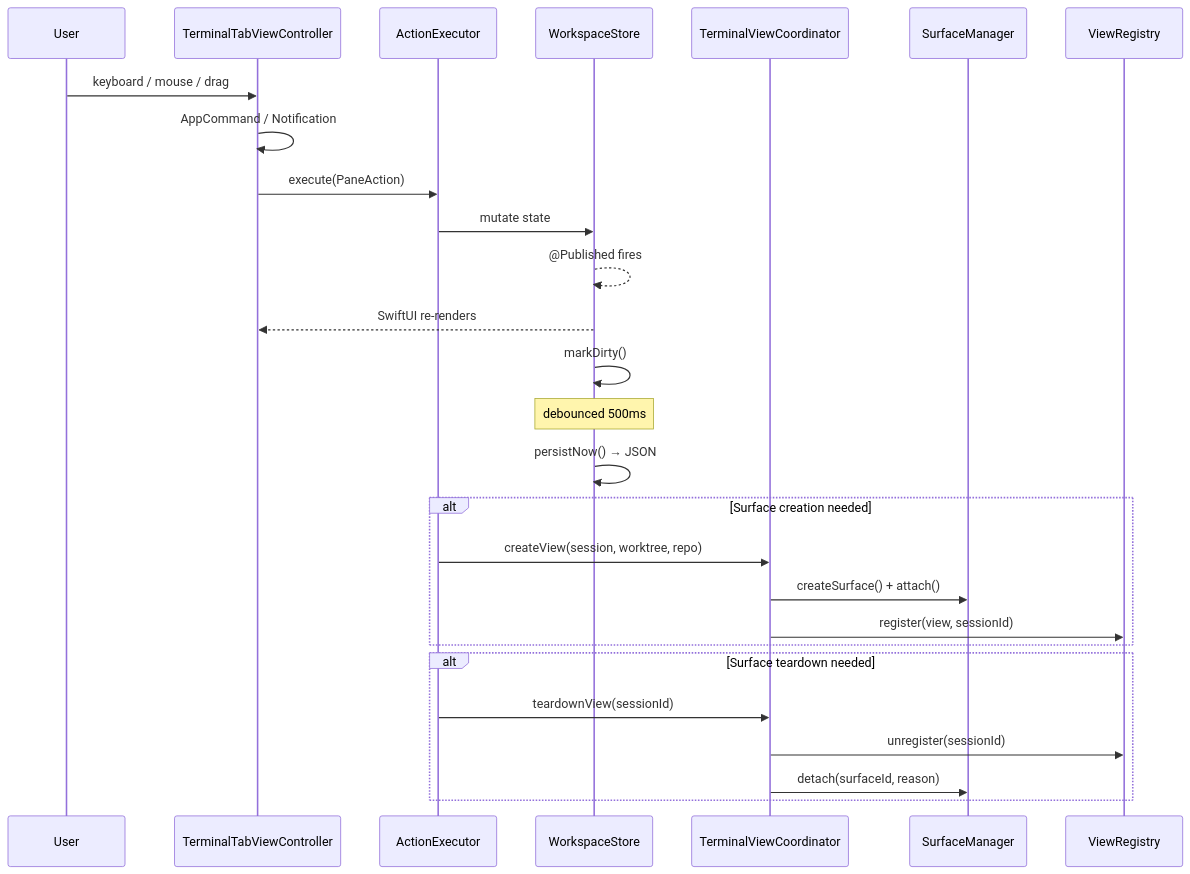
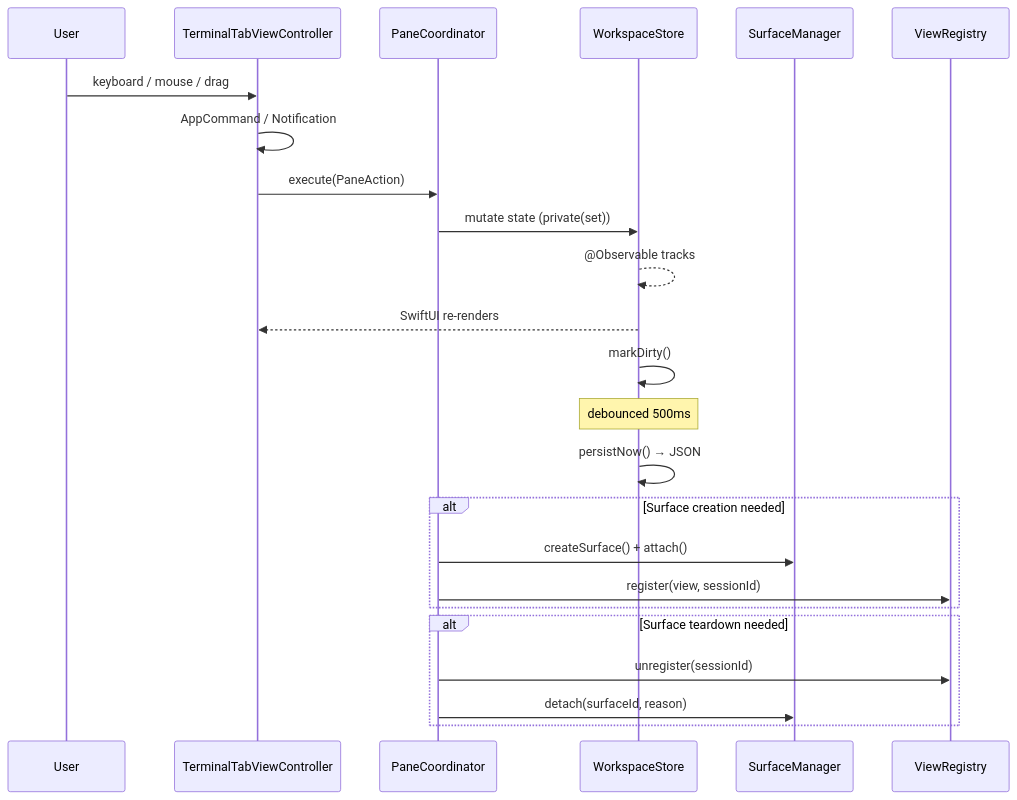
One commit to ShravanSunder/agentstudio changed the second of 3 diagrams in docs/architecture/component_architecture.md. Above: the diagram before and after it, drawn with Mermaid. The commit also changed other lines of this file and 19 other files, not shown here.

First line of the commit message:
docs: architecture docs, directory structure spec, Linear paradigm (#33)

````diff
--- a/docs/architecture/component_architecture.md
+++ b/docs/architecture/component_architecture.md
@@ -432,32 +441,29 @@
 ```mermaid
 sequenceDiagram
     participant User
     participant TTVC as TerminalTabViewController
-    participant AE as ActionExecutor
+    participant PC as PaneCoordinator
     participant Store as WorkspaceStore
-    participant Coord as TerminalViewCoordinator
     participant SM as SurfaceManager
     participant VR as ViewRegistry
 
     User->>TTVC: keyboard / mouse / drag
     TTVC->>TTVC: AppCommand / Notification
-    TTVC->>AE: execute(PaneAction)
-    AE->>Store: mutate state
-    Store-->>Store: @Published fires
+    TTVC->>PC: execute(PaneAction)
+    PC->>Store: mutate state (private(set))
+    Store-->>Store: @Observable tracks
     Store-->>TTVC: SwiftUI re-renders
     Store->>Store: markDirty()
     Note over Store: debounced 500ms
     Store->>Store: persistNow() → JSON
 
     alt Surface creation needed
-        AE->>Coord: createView(session, worktree, repo)
-        Coord->>SM: createSurface() + attach()
-        Coord->>VR: register(view, sessionId)
+        PC->>SM: createSurface() + attach()
+        PC->>VR: register(view, sessionId)
     end
 
     alt Surface teardown needed
-        AE->>Coord: teardownView(sessionId)
-        Coord->>VR: unregister(sessionId)
-        Coord->>SM: detach(surfaceId, reason)
+        PC->>VR: unregister(sessionId)
+        PC->>SM: detach(surfaceId, reason)
     end
 ```
````
